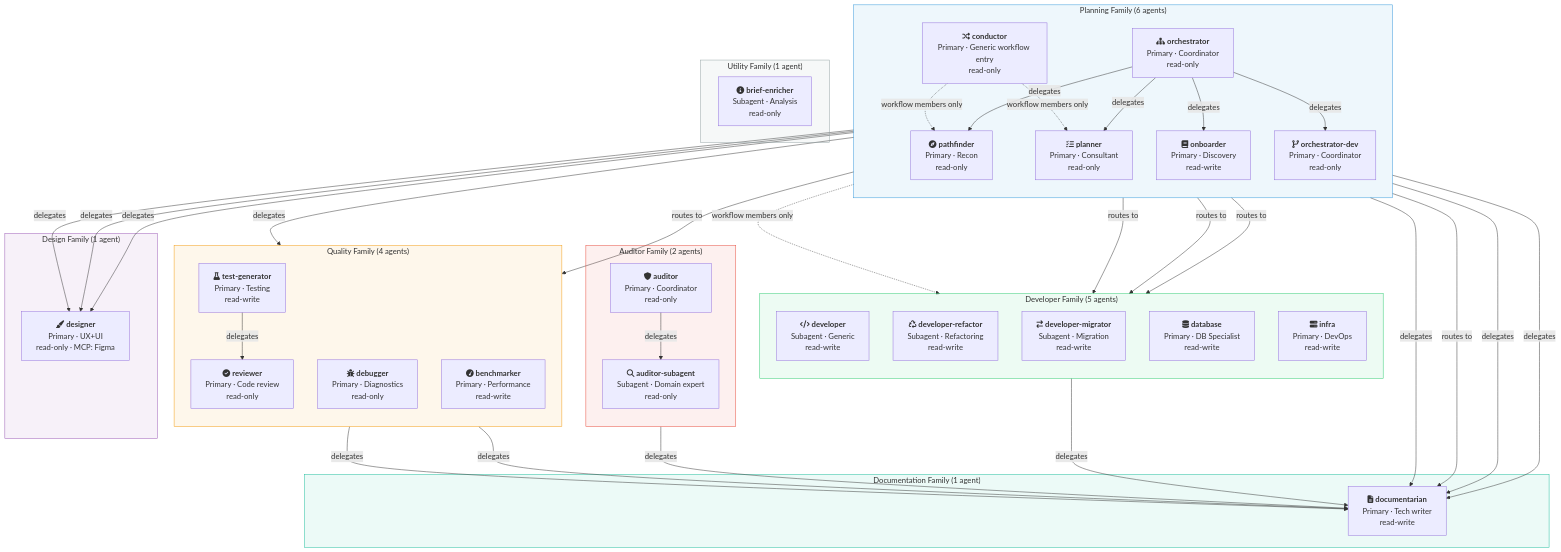
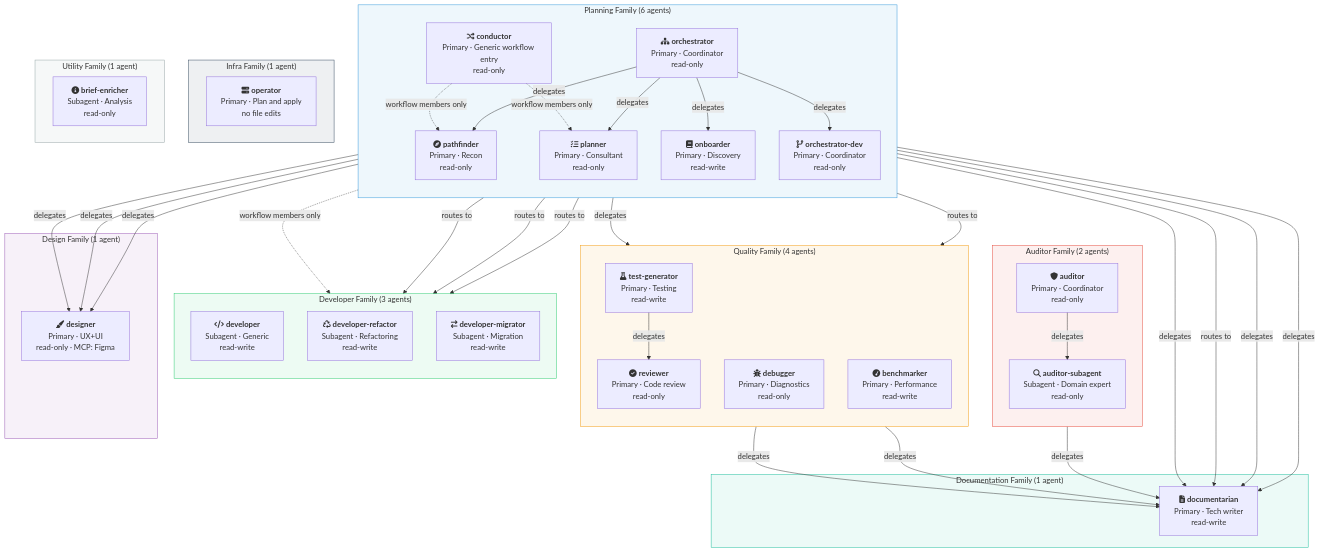
The diagram in docs/diagrams/agent-hierarchy.mermaid (datichb/openhub), drawn with Mermaid before and after one commit. The commit also changed 29 other files, not shown here.

Commit message:
docs: operator and infra-change, infra and database audit domains, infra and database agents removed — workflows reference and guide, agents, skills, model resolution, delegation, living wiki, audit tools, glossary, SECURITY, README (consolidation C1)

```diff
--- a/docs/diagrams/agent-hierarchy.mermaid
+++ b/docs/diagrams/agent-hierarchy.mermaid
@@ -1,89 +1,91 @@
 %% OpenHub -- Agent Hierarchy (v5)
-%% 20 agents across 7 families, showing mode (primary/subagent)
+%% 19 agents across 8 families, showing mode (primary/subagent)
 %% and the delegations their permissions allow. In a session, the workflow
 %% decides which agents are members and which delegations are reachable
 %% (SubagentGraph, closed world): see ADR-039 and ADR-041.
 
 flowchart TD
     subgraph Planning ["Planning Family (6 agents)"]
         direction TB
         COND["fa:fa-random <strong>conductor</strong><br/>Primary · Generic workflow entry<br/>read-only"]
         ORCH["fa:fa-sitemap <strong>orchestrator</strong><br/>Primary · Coordinator<br/>read-only"]
         ORCHDEV["fa:fa-code-branch <strong>orchestrator-dev</strong><br/>Primary · Coordinator<br/>read-only"]
         PLAN["fa:fa-tasks <strong>planner</strong><br/>Primary · Consultant<br/>read-only"]
         PATH["fa:fa-compass <strong>pathfinder</strong><br/>Primary · Recon<br/>read-only"]
         ONB["fa:fa-book <strong>onboarder</strong><br/>Primary · Discovery<br/>read-write"]
     end
 
-    subgraph Developer ["Developer Family (5 agents)"]
+    subgraph Developer ["Developer Family (3 agents)"]
         direction TB
         DEV["fa:fa-code <strong>developer</strong><br/>Subagent · Generic<br/>read-write"]
         DEVR["fa:fa-recycle <strong>developer-refactor</strong><br/>Subagent · Refactoring<br/>read-write"]
         DEVM["fa:fa-exchange <strong>developer-migrator</strong><br/>Subagent · Migration<br/>read-write"]
-        DB["fa:fa-database <strong>database</strong><br/>Primary · DB Specialist<br/>read-write"]
-        INFRA["fa:fa-server <strong>infra</strong><br/>Primary · DevOps<br/>read-write"]
+    end
+
+    subgraph Infra ["Infra Family (1 agent)"]
+        OPS["fa:fa-server <strong>operator</strong><br/>Primary · Plan and apply<br/>no file edits"]
     end
 
     subgraph Auditor ["Auditor Family (2 agents)"]
         direction TB
         AUD["fa:fa-shield <strong>auditor</strong><br/>Primary · Coordinator<br/>read-only"]
         AUDS["fa:fa-search <strong>auditor-subagent</strong><br/>Subagent · Domain expert<br/>read-only"]
     end
 
     subgraph Quality ["Quality Family (4 agents)"]
         direction TB
         REV["fa:fa-check-circle <strong>reviewer</strong><br/>Primary · Code review<br/>read-only"]
         DBG["fa:fa-bug <strong>debugger</strong><br/>Primary · Diagnostics<br/>read-only"]
         BENCH["fa:fa-tachometer <strong>benchmarker</strong><br/>Primary · Performance<br/>read-write"]
         TEST["fa:fa-flask <strong>test-generator</strong><br/>Primary · Testing<br/>read-write"]
     end
 
     subgraph Design ["Design Family (1 agent)"]
         DES["fa:fa-paint-brush <strong>designer</strong><br/>Primary · UX+UI<br/>read-only · MCP: Figma"]
     end
 
     subgraph Documentation ["Documentation Family (1 agent)"]
         DOC["fa:fa-file-text <strong>documentarian</strong><br/>Primary · Tech writer<br/>read-write"]
     end
 
     subgraph Utility ["Utility Family (1 agent)"]
         BRF["fa:fa-info-circle <strong>brief-enricher</strong><br/>Subagent · Analysis<br/>read-only"]
     end
 
     %% Delegation edges
     COND -.->|"workflow members only"| PATH
     COND -.->|"workflow members only"| PLAN
     COND -.->|"workflow members only"| DEV
     ORCH -->|delegates| PATH
     ORCH -->|delegates| PLAN
     ORCH -->|delegates| ONB
     ORCH -->|delegates| DES
     ORCH -->|delegates| ORCHDEV
     ORCH -->|delegates| DBG
     ORCH -->|delegates| DOC
 
     ORCHDEV -->|routes to| DEV
     ORCHDEV -->|routes to| DEVR
     ORCHDEV -->|routes to| DEVM
     ORCHDEV -->|routes to| REV
     ORCHDEV -->|routes to| DOC
 
     AUD -->|delegates| AUDS
     AUD -->|delegates| DOC
 
     PLAN -->|delegates| DOC
     PLAN -->|delegates| DES
     PATH -->|delegates| DOC
     PATH -->|delegates| DES
-    DB -->|delegates| DOC
     BENCH -->|delegates| DOC
     TEST -->|delegates| DOC
     TEST -->|delegates| REV
 
     style Planning fill:#3498db15,stroke:#3498db
     style Developer fill:#2ecc7115,stroke:#2ecc71
     style Auditor fill:#e74c3c15,stroke:#e74c3c
+    style Infra fill:#34495e15,stroke:#34495e
     style Quality fill:#f39c1215,stroke:#f39c12
     style Design fill:#9b59b615,stroke:#9b59b6
     style Documentation fill:#1abc9c15,stroke:#1abc9c
     style Utility fill:#95a5a615,stroke:#95a5a6
```
